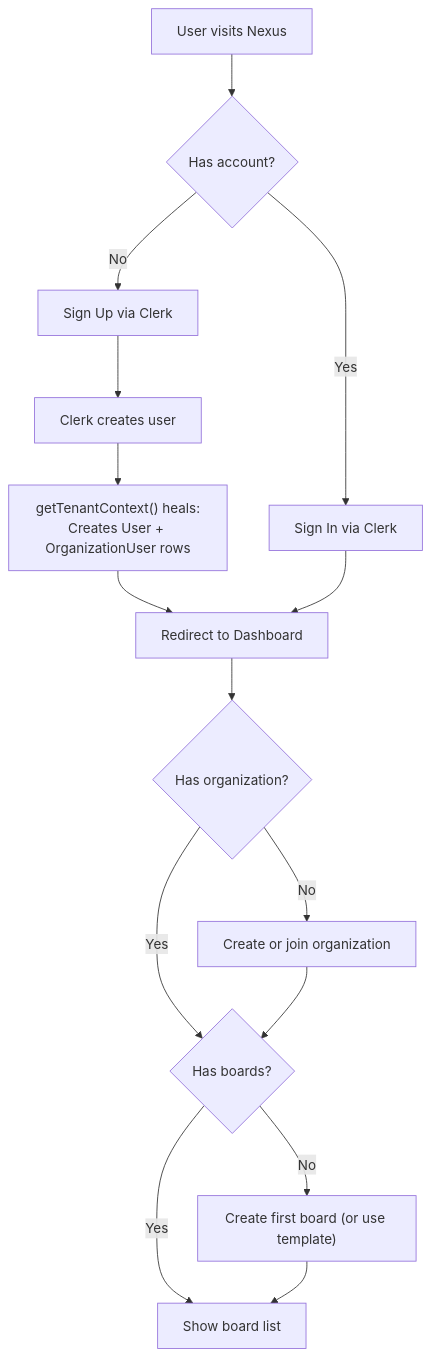
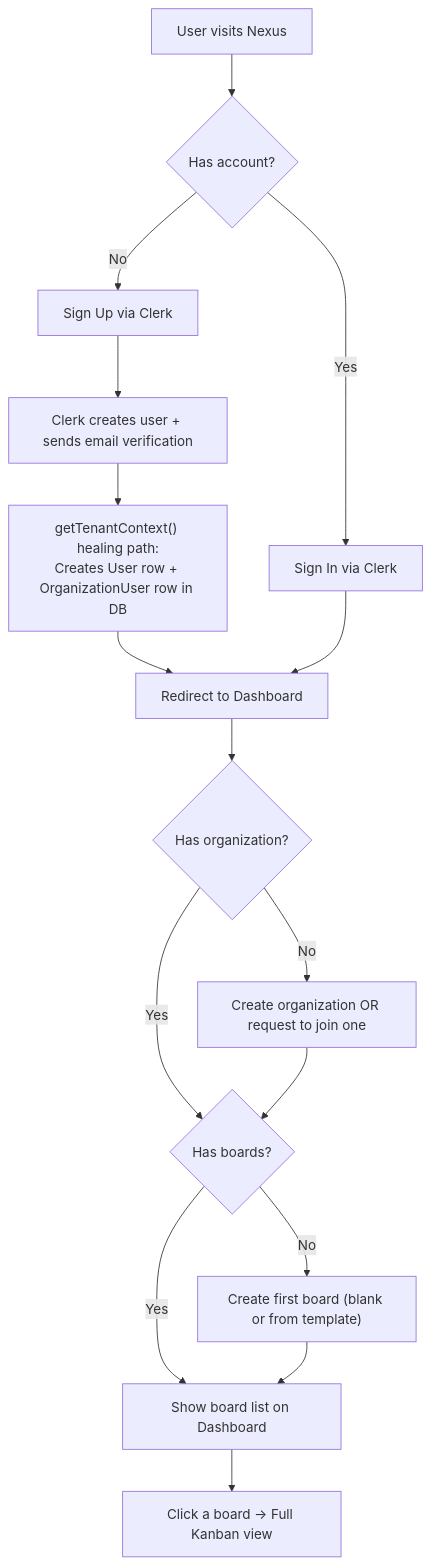
The second of 7 diagrams in README.md (viraj1011JAIN/Nexus), drawn with Mermaid before and after one commit. The commit also changed other lines of this file, not shown here.

Commit message:
docs: fully expand Database Schema, Architecture, ER Diagram, Workflow Diagrams, and Use Case Diagram with detailed bullet points

````diff
--- a/README.md
+++ b/README.md
@@ -1929,17 +2248,18 @@
 ```mermaid
 flowchart TD
     A["User visits Nexus"] --> B{"Has account?"}
     B -->|No| C["Sign Up via Clerk"]
     B -->|Yes| D["Sign In via Clerk"]
-    C --> E["Clerk creates user"]
-    E --> F["getTenantContext() heals:<br/>Creates User + OrganizationUser rows"]
+    C --> E["Clerk creates user + sends email verification"]
+    E --> F["getTenantContext() healing path:<br/>Creates User row + OrganizationUser row in DB"]
     F --> G["Redirect to Dashboard"]
     D --> G
     G --> H{"Has organization?"}
-    H -->|No| I["Create or join organization"]
+    H -->|No| I["Create organization OR request to join one"]
     H -->|Yes| J{"Has boards?"}
     I --> J
-    J -->|No| K["Create first board (or use template)"]
-    J -->|Yes| L["Show board list"]
+    J -->|No| K["Create first board (blank or from template)"]
+    J -->|Yes| L["Show board list on Dashboard"]
     K --> L
+    L --> M["Click a board → Full Kanban view"]
 ```
````
